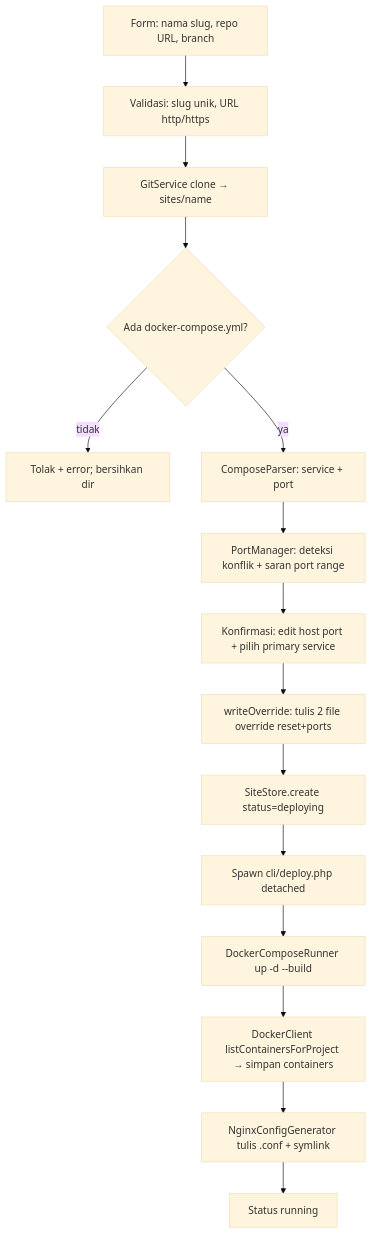
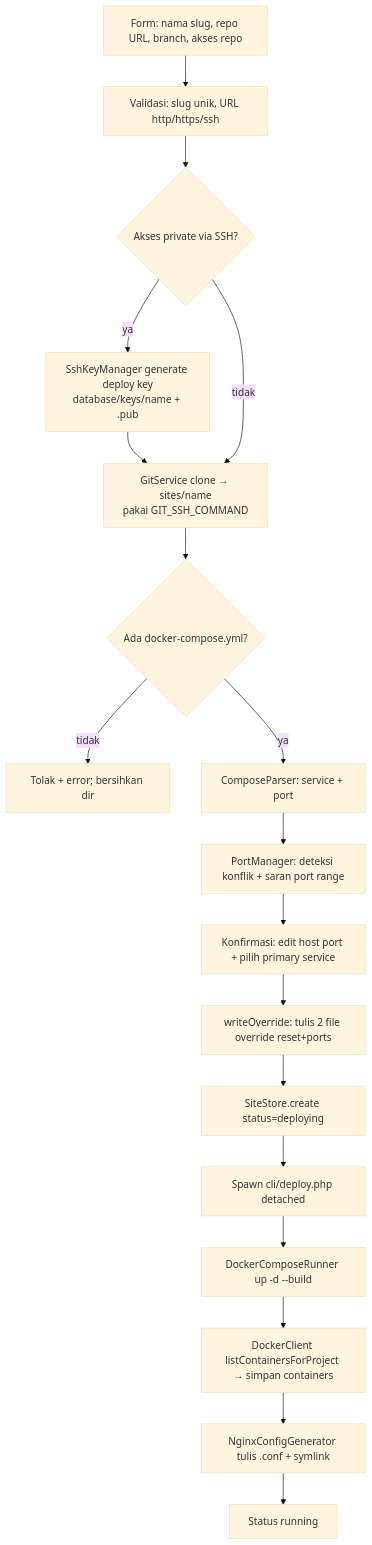
The second of 2 diagrams in ARCHITECTURE.md (yllumi/rames), drawn with Mermaid (base theme) before and after one commit. The commit also changed other lines of this file and 11 other files, not shown here.

Commit message:
Support for private repo

````diff
--- a/ARCHITECTURE.md
+++ b/ARCHITECTURE.md
@@ -144,17 +146,20 @@
 ```mermaid
 flowchart TD
-    A[Form: nama slug, repo URL, branch] --> B[Validasi: slug unik, URL http/https]
-    B --> C[GitService clone → sites/name]
+    A[Form: nama slug, repo URL, branch, akses repo] --> B[Validasi: slug unik, URL http/https/ssh]
+    B --> B1{Akses private via SSH?}
+    B1 -- ya --> B2[SshKeyManager generate deploy key<br/>database/keys/name + .pub]
+    B2 --> C[GitService clone → sites/name<br/>pakai GIT_SSH_COMMAND]
+    B1 -- tidak --> C
     C --> D{Ada docker-compose.yml?}
     D -- tidak --> E[Tolak + error; bersihkan dir]
     D -- ya --> F[ComposeParser: service + port]
     F --> G[PortManager: deteksi konflik + saran port range]
     G --> H[Konfirmasi: edit host port + pilih primary service]
     H --> I[writeOverride: tulis 2 file override reset+ports]
     I --> J[SiteStore.create status=deploying]
     J --> K[Spawn cli/deploy.php detached]
     K --> L[DockerComposeRunner up -d --build]
     L --> M[DockerClient listContainersForProject → simpan containers]
     M --> N[NginxConfigGenerator tulis .conf + symlink]
     N --> O[Status running]
 ```
````
